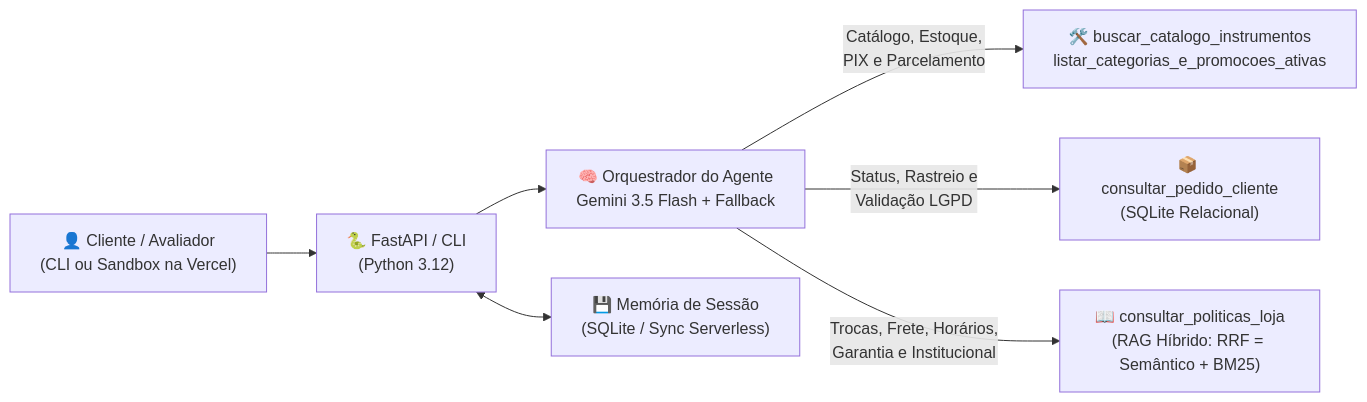
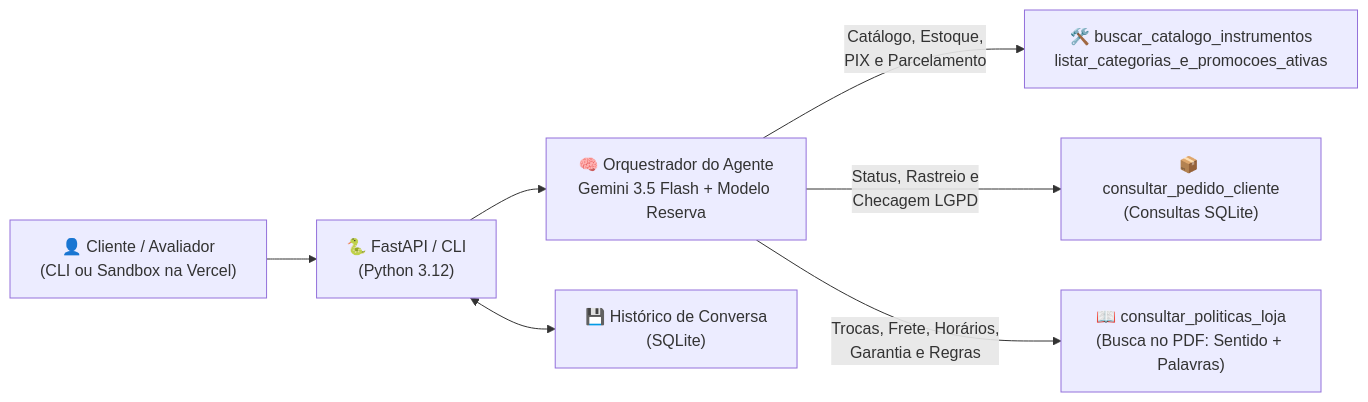
The second of 2 diagrams in README.md (amandaveloso/emporio-da-musica-agent), drawn with Mermaid before and after one commit. The commit also changed other lines of this file, not shown here.

````diff
--- a/README.md
+++ b/README.md
@@ -224,10 +226,10 @@
 ```mermaid
 flowchart LR
     C["👤 Cliente / Avaliador<br/>(CLI ou Sandbox na Vercel)"] --> API["🐍 FastAPI / CLI<br/>(Python 3.12)"]
-    API --> AG["🧠 Orquestrador do Agente<br/>Gemini 3.5 Flash + Fallback"]
-    API <--> MEM["💾 Memória de Sessão<br/>(SQLite / Sync Serverless)"]
+    API --> AG["🧠 Orquestrador do Agente<br/>Gemini 3.5 Flash + Modelo Reserva"]
+    API <--> MEM["💾 Histórico de Conversa<br/>(SQLite)"]
 
     AG -->|"Catálogo, Estoque,<br/>PIX e Parcelamento"| T1["🛠️ buscar_catalogo_instrumentos<br/>listar_categorias_e_promocoes_ativas"]
-    AG -->|"Status, Rastreio e<br/>Validação LGPD"| T2["📦 consultar_pedido_cliente<br/>(SQLite Relacional)"]
-    AG -->|"Trocas, Frete, Horários,<br/>Garantia e Institucional"| T3["📖 consultar_politicas_loja<br/>(RAG Híbrido: RRF = Semântico + BM25)"]
+    AG -->|"Status, Rastreio e<br/>Checagem LGPD"| T2["📦 consultar_pedido_cliente<br/>(Consultas SQLite)"]
+    AG -->|"Trocas, Frete, Horários,<br/>Garantia e Regras"| T3["📖 consultar_politicas_loja<br/>(Busca no PDF: Sentido + Palavras)"]
 ```
````
